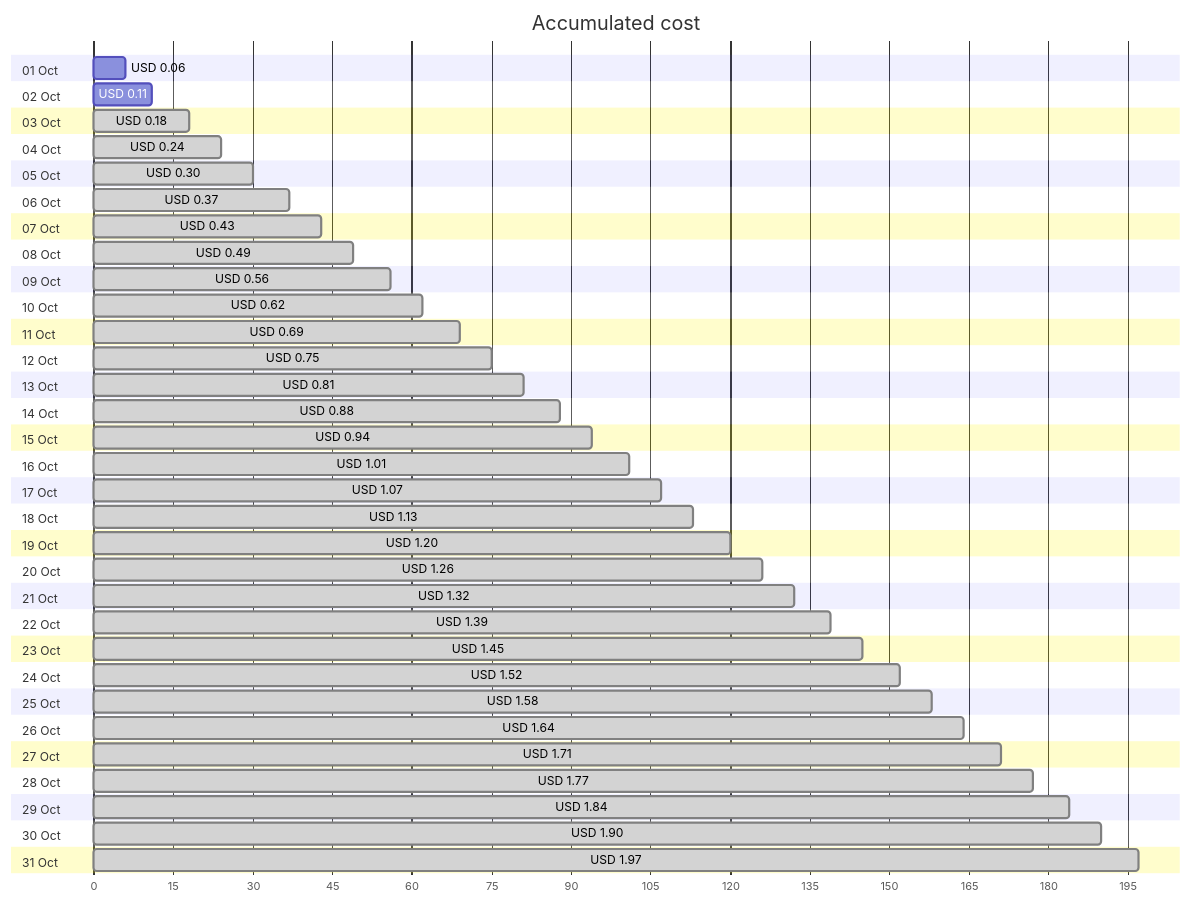
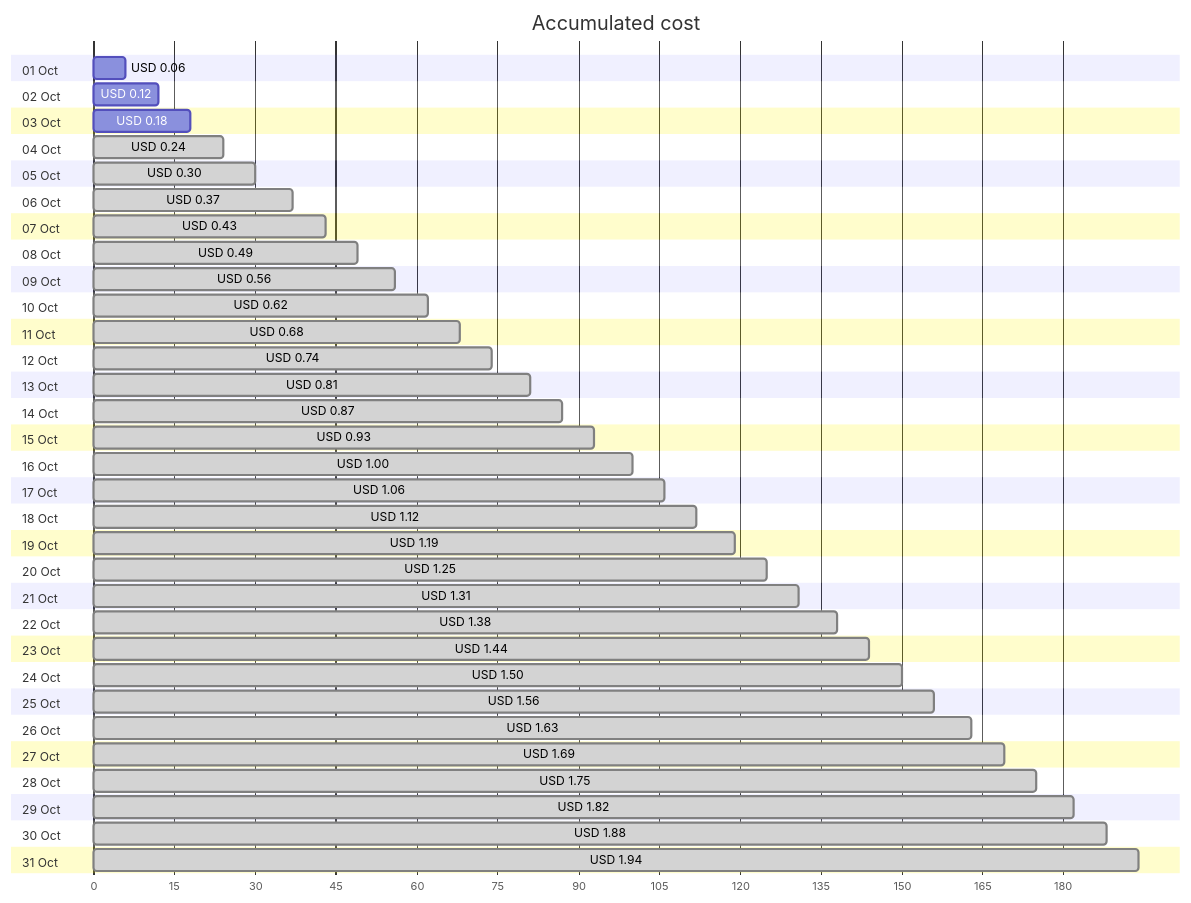
Before and after one commit to jpfulton/azure-personal-reports: the first of 4 diagrams in cost-reports/personal-network/vpn-server_OsDisk.md, drawn with Mermaid. The commit also changed other lines of this file and 8 other files, not shown here.

````diff
--- a/cost-reports/personal-network/vpn-server_OsDisk.md
+++ b/cost-reports/personal-network/vpn-server_OsDisk.md
@@ -20,68 +20,68 @@
 ```mermaid
 gantt
    title Accumulated cost
    dateFormat  X
    axisFormat %s
    section 01 Oct
    USD 0.06 :0, 6
    section 02 Oct
-   USD 0.11 :0, 11
+   USD 0.12 :0, 12
    section 03 Oct
-   USD 0.18 : done, 0, 18
+   USD 0.18 :0, 18
    section 04 Oct
    USD 0.24 : done, 0, 24
    section 05 Oct
    USD 0.30 : done, 0, 30
    section 06 Oct
    USD 0.37 : done, 0, 37
    section 07 Oct
    USD 0.43 : done, 0, 43
    section 08 Oct
    USD 0.49 : done, 0, 49
    section 09 Oct
    USD 0.56 : done, 0, 56
    section 10 Oct
    USD 0.62 : done, 0, 62
    section 11 Oct
-   USD 0.69 : done, 0, 69
+   USD 0.68 : done, 0, 68
    section 12 Oct
-   USD 0.75 : done, 0, 75
+   USD 0.74 : done, 0, 74
    section 13 Oct
    USD 0.81 : done, 0, 81
    section 14 Oct
-   USD 0.88 : done, 0, 88
+   USD 0.87 : done, 0, 87
    section 15 Oct
-   USD 0.94 : done, 0, 94
+   USD 0.93 : done, 0, 93
    section 16 Oct
-   USD 1.01 : done, 0, 101
+   USD 1.00 : done, 0, 100
    section 17 Oct
-   USD 1.07 : done, 0, 107
+   USD 1.06 : done, 0, 106
    section 18 Oct
-   USD 1.13 : done, 0, 113
+   USD 1.12 : done, 0, 112
    section 19 Oct
-   USD 1.20 : done, 0, 120
+   USD 1.19 : done, 0, 119
    section 20 Oct
-   USD 1.26 : done, 0, 126
+   USD 1.25 : done, 0, 125
    section 21 Oct
-   USD 1.32 : done, 0, 132
+   USD 1.31 : done, 0, 131
    section 22 Oct
-   USD 1.39 : done, 0, 139
+   USD 1.38 : done, 0, 138
    section 23 Oct
-   USD 1.45 : done, 0, 145
+   USD 1.44 : done, 0, 144
    section 24 Oct
-   USD 1.52 : done, 0, 152
+   USD 1.50 : done, 0, 150
    section 25 Oct
-   USD 1.58 : done, 0, 158
+   USD 1.56 : done, 0, 156
    section 26 Oct
-   USD 1.64 : done, 0, 164
+   USD 1.63 : done, 0, 163
    section 27 Oct
-   USD 1.71 : done, 0, 171
+   USD 1.69 : done, 0, 169
    section 28 Oct
-   USD 1.77 : done, 0, 177
+   USD 1.75 : done, 0, 175
    section 29 Oct
-   USD 1.84 : done, 0, 184
+   USD 1.82 : done, 0, 182
    section 30 Oct
-   USD 1.90 : done, 0, 190
+   USD 1.88 : done, 0, 188
    section 31 Oct
-   USD 1.97 : done, 0, 197
+   USD 1.94 : done, 0, 194
 ```
````
